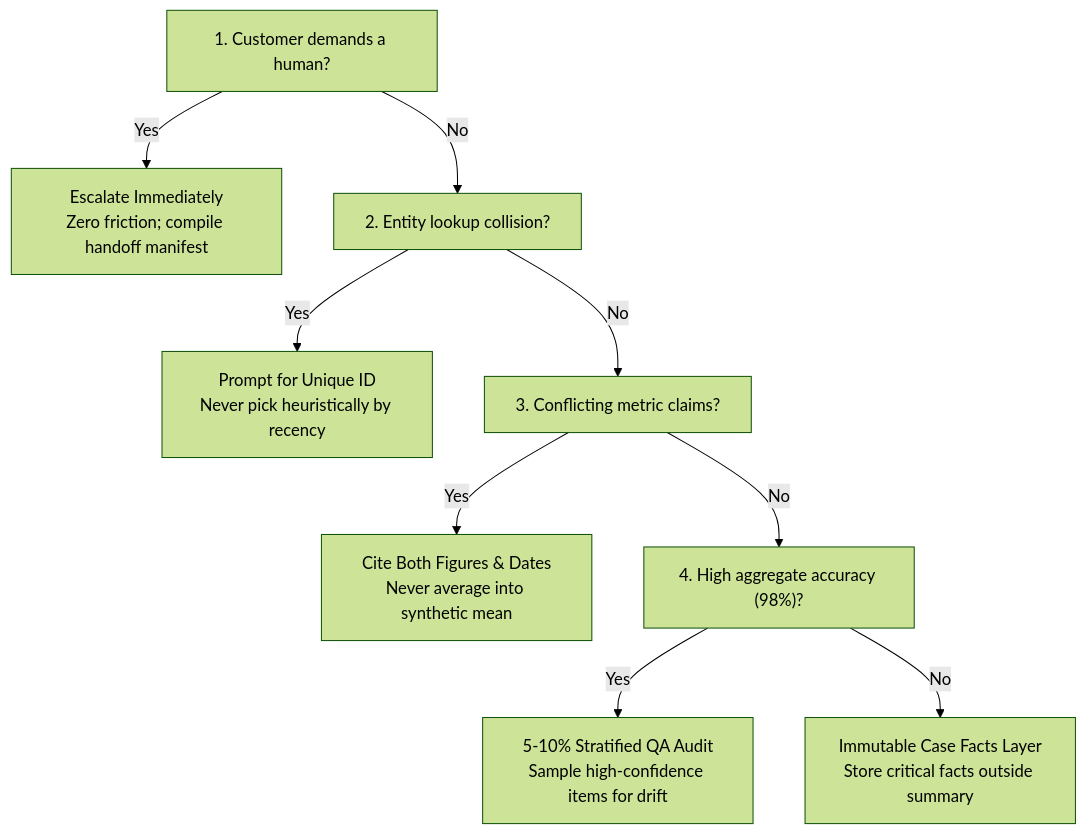
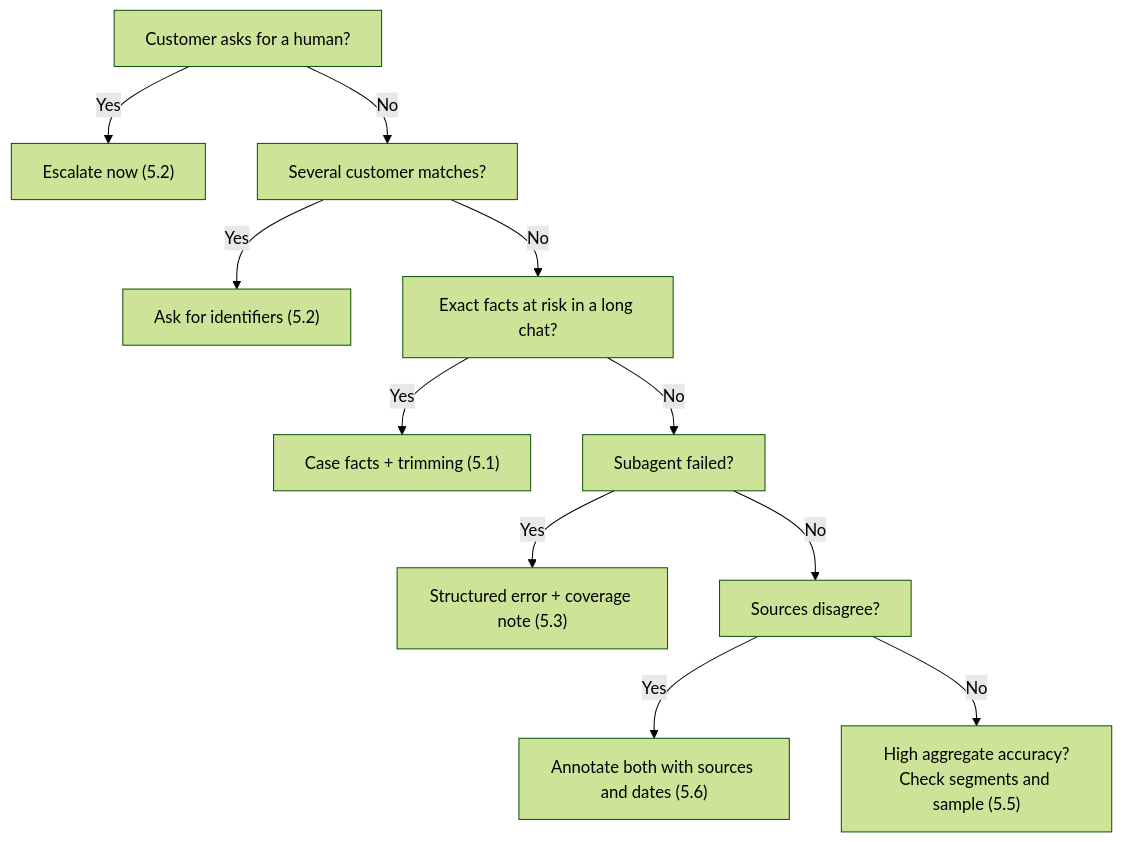
The second of 2 diagrams in domain5/README.md (dip4k/claude_cert_architect_foundation_prep), drawn with Mermaid (forest theme) before and after one commit. The commit also changed other lines of this file and 133 other files, not shown here.

````diff
--- a/domain5/README.md
+++ b/domain5/README.md
@@ -121,11 +99,13 @@
 ```mermaid
 flowchart TD
-    Q1["1. Customer demands a human?"] -->|Yes| A1["Escalate Immediately<br>Zero friction; compile handoff manifest"]
-    Q1 -->|No| Q2["2. Entity lookup collision?"]
-    Q2 -->|Yes| A2["Prompt for Unique ID<br>Never pick heuristically by recency"]
-    Q2 -->|No| Q3["3. Conflicting metric claims?"]
-    Q3 -->|Yes| A3["Cite Both Figures & Dates<br>Never average into synthetic mean"]
-    Q3 -->|No| Q4["4. High aggregate accuracy (98%)?"]
-    Q4 -->|Yes| A4["5-10% Stratified QA Audit<br>Sample high-confidence items for drift"]
-    Q4 -->|No| A5["Immutable Case Facts Layer<br>Store critical facts outside summary"]
+    Q1["Customer asks for a human?"] -->|"Yes"| A1["Escalate now (5.2)"]
+    Q1 -->|"No"| Q2["Several customer matches?"]
+    Q2 -->|"Yes"| A2["Ask for identifiers (5.2)"]
+    Q2 -->|"No"| Q3["Exact facts at risk in a long chat?"]
+    Q3 -->|"Yes"| A3["Case facts + trimming (5.1)"]
+    Q3 -->|"No"| Q4["Subagent failed?"]
+    Q4 -->|"Yes"| A4["Structured error + coverage note (5.3)"]
+    Q4 -->|"No"| Q5["Sources disagree?"]
+    Q5 -->|"Yes"| A5["Annotate both with sources and dates (5.6)"]
+    Q5 -->|"No"| A6["High aggregate accuracy?<br>Check segments and sample (5.5)"]
 ```
````
